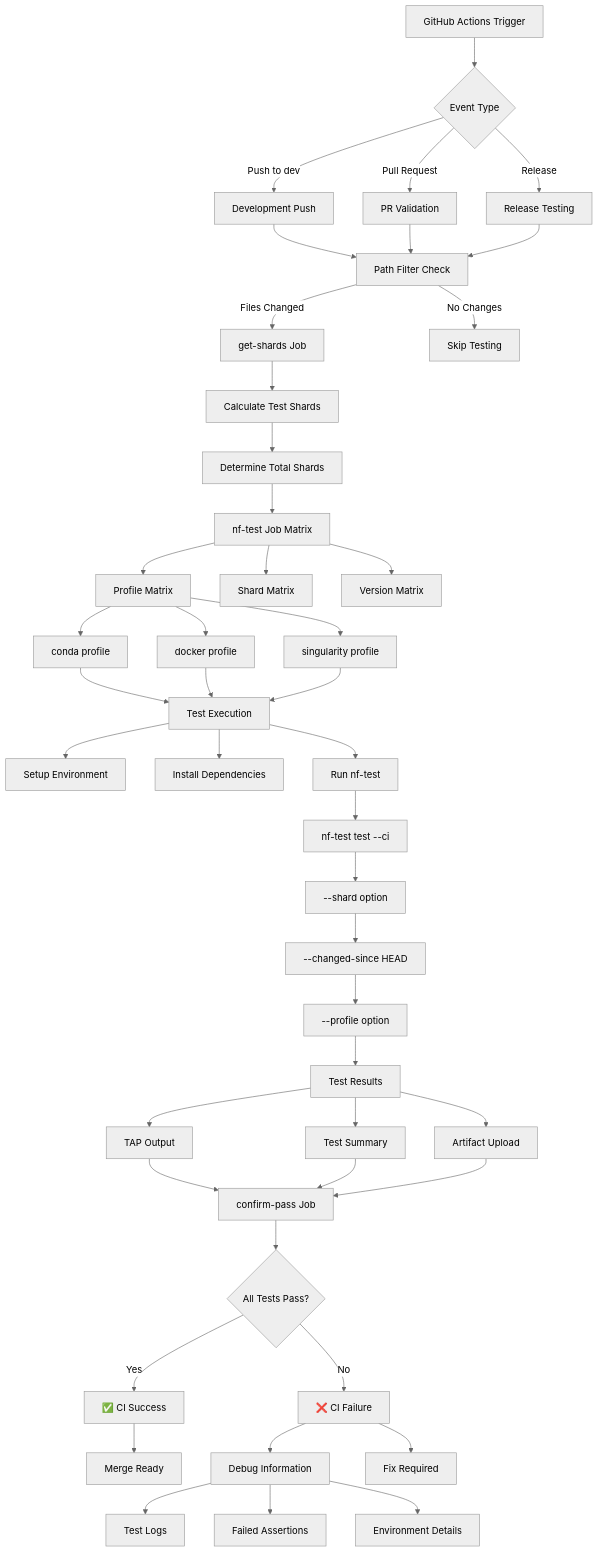
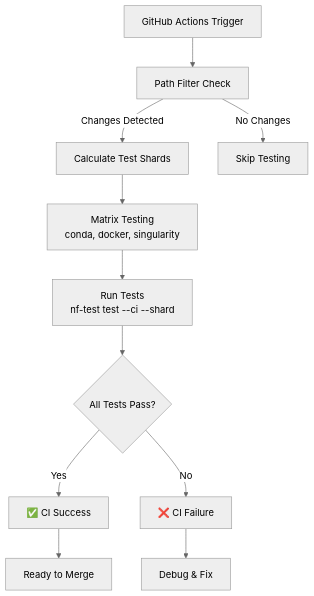
One commit to nf-core/website changed the diagram in sites/docs/src/content/docs/tutorials/tests_and_test_data/components/08_cicd_integration.md. Above: the diagram before and after it, drawn with Mermaid (neutral theme). The commit also changed other lines of this file and 7 other files, not shown here.

Commit message:
Revise nf-test comprehensive guide for clarity and organization. Update section links, improve diagrams for project setup, module testing, subworkflow testing, pipeline testing, test data management, CI/CD integration, and command usage. Remove outdated content and enhance overall structure.

````diff
--- a/sites/docs/src/content/docs/tutorials/tests_and_test_data/components/08_cicd_integration.md
+++ b/sites/docs/src/content/docs/tutorials/tests_and_test_data/components/08_cicd_integration.md
@@ -15,63 +15,19 @@
 ```mermaid
 flowchart TD
-    A[GitHub Actions Trigger] --> B{Event Type}
+    A[GitHub Actions Trigger] --> B[Path Filter Check]
 
-    B --> |Push to dev| C[Development Push]
-    B --> |Pull Request| D[PR Validation]
-    B --> |Release| E[Release Testing]
+    B --> |Changes Detected| C[Calculate Test Shards]
+    B --> |No Changes| D[Skip Testing]
 
-    C --> F[Path Filter Check]
-    D --> F
-    E --> F
+    C --> E[Matrix Testing<br/>conda, docker, singularity]
 
-    F --> |Files Changed| G[get-shards Job]
-    F --> |No Changes| H[Skip Testing]
+    E --> F[Run Tests<br/>nf-test test --ci --shard]
 
-    G --> G1[Calculate Test Shards]
-    G1 --> G2[Determine Total Shards]
-    G2 --> I[nf-test Job Matrix]
+    F --> G{All Tests Pass?}
 
-    I --> I1[Profile Matrix]
-    I --> I2[Shard Matrix]
-    I --> I3[Version Matrix]
+    G --> |Yes| H[✅ CI Success]
+    G --> |No| I[❌ CI Failure]
 
-    I1 --> J[conda profile]
-    I1 --> K[docker profile]
-    I1 --> L[singularity profile]
-
-    J --> M[Test Execution]
-    K --> M
-    L --> M
-
-    M --> M1[Setup Environment]
-    M --> M2[Install Dependencies]
-    M --> M3[Run nf-test]
-
-    M3 --> M4[nf-test test --ci]
-    M4 --> M5[--shard option]
-    M5 --> M6[--changed-since HEAD]
-    M6 --> M7[--profile option]
-
-    M7 --> N[Test Results]
-
-    N --> N1[TAP Output]
-    N --> N2[Test Summary]
-    N --> N3[Artifact Upload]
-
-    N1 --> O[confirm-pass Job]
-    N2 --> O
-    N3 --> O
-
-    O --> P{All Tests Pass?}
-
-    P --> |Yes| Q[✅ CI Success]
-    P --> |No| R[❌ CI Failure]
-
-    R --> S[Debug Information]
-    S --> S1[Test Logs]
-    S --> S2[Failed Assertions]
-    S --> S3[Environment Details]
-
-    Q --> T[Merge Ready]
-    R --> U[Fix Required]
+    I --> J[Debug & Fix]
+    H --> K[Ready to Merge]
 ```
````
